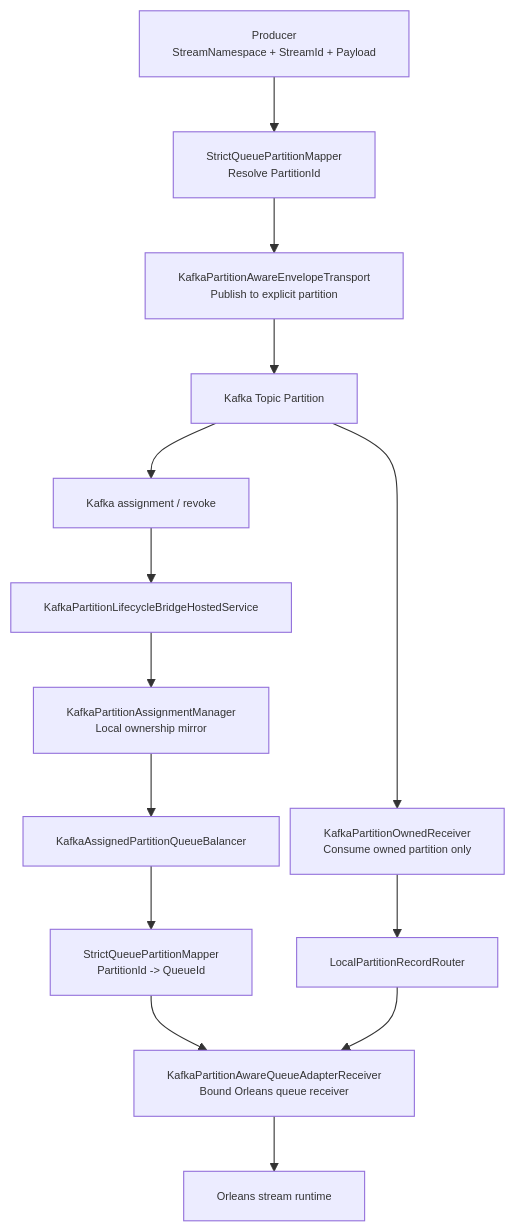
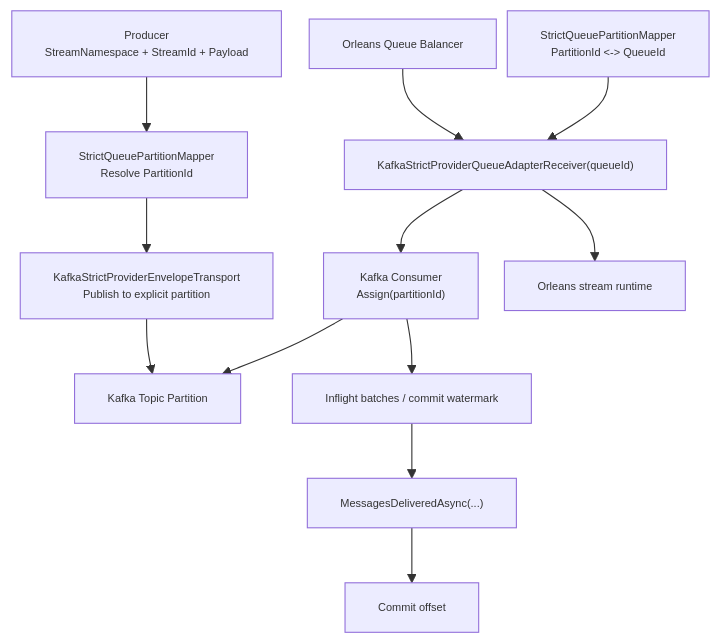
One commit to aevatarAI/aevatar changed the diagram in docs/architecture/2026-03-19-kafka-partition-aware-transport-design.md. Above: the diagram before and after it, drawn with Mermaid. The commit also changed other lines of this file and 39 other files, not shown here.

Commit message:
Refactor Kafka strict provider into Orleans-native backend

````diff
--- a/docs/architecture/2026-03-19-kafka-partition-aware-transport-design.md
+++ b/docs/architecture/2026-03-19-kafka-partition-aware-transport-design.md
@@ -35,24 +35,24 @@
 ```mermaid
 %%{init: {"maxTextSize": 100000, "flowchart": {"useMaxWidth": false, "nodeSpacing": 10, "rankSpacing": 50}, "themeVariables": {"fontSize": "10px"}}}%%
 flowchart TB
     A1["Producer<br/>StreamNamespace + StreamId + Payload"]
     A2["StrictQueuePartitionMapper<br/>Resolve PartitionId"]
-    A3["KafkaPartitionAwareEnvelopeTransport<br/>Publish to explicit partition"]
+    A3["KafkaStrictProviderEnvelopeTransport<br/>Publish to explicit partition"]
     A4["Kafka Topic Partition"]
 
-    B1["Kafka assignment / revoke"]
-    B2["KafkaPartitionLifecycleBridgeHostedService"]
-    B3["KafkaPartitionAssignmentManager<br/>Local ownership mirror"]
-    B4["KafkaAssignedPartitionQueueBalancer"]
-    B5["StrictQueuePartitionMapper<br/>PartitionId -> QueueId"]
-
-    C1["KafkaPartitionOwnedReceiver<br/>Consume owned partition only"]
-    C2["LocalPartitionRecordRouter"]
-    C3["KafkaPartitionAwareQueueAdapterReceiver<br/>Bound Orleans queue receiver"]
-    C4["Orleans stream runtime"]
+    B1["Orleans Queue Balancer"]
+    B2["StrictQueuePartitionMapper<br/>PartitionId <-> QueueId"]
+    B3["KafkaStrictProviderQueueAdapterReceiver(queueId)"]
+    B4["Kafka Consumer<br/>Assign(partitionId)"]
+    B5["Inflight batches / commit watermark"]
+    B6["MessagesDeliveredAsync(...)"]
+    B7["Commit offset"]
+    B8["Orleans stream runtime"]
 
     A1 --> A2 --> A3 --> A4
-    A4 --> B1 --> B2 --> B3
-    B3 --> B4 --> B5 --> C3 --> C4
-    A4 --> C1 --> C2 --> C3
+    B1 --> B3
+    B2 --> B3
+    B3 --> B4 --> A4
+    B4 --> B5 --> B6 --> B7
+    B3 --> B8
 ```
````
